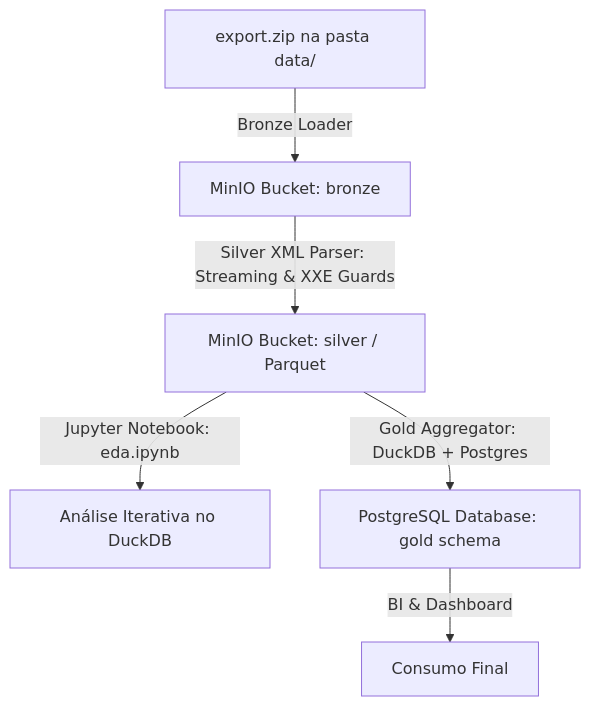
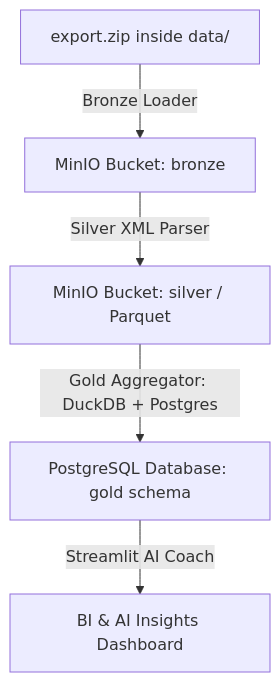
Before and after one commit to rafaelpanegassi/apple-watch-data: the diagram in README.md, drawn with Mermaid. The commit also changed other lines of this file and 14 other files, not shown here.

````diff
--- a/README.md
+++ b/README.md
@@ -11,8 +11,7 @@
 ```mermaid
 graph TD
-    A[export.zip na pasta data/] -->|Bronze Loader| B[MinIO Bucket: bronze]
-    B -->|Silver XML Parser: Streaming & XXE Guards| C[MinIO Bucket: silver / Parquet]
-    C -->|Jupyter Notebook: eda.ipynb| D[Análise Iterativa no DuckDB]
-    C -->|Gold Aggregator: DuckDB + Postgres| E[PostgreSQL Database: gold schema]
-    E -->|BI & Dashboard| F[Consumo Final]
+    A[export.zip inside data/] -->|Bronze Loader| B[MinIO Bucket: bronze]
+    B -->|Silver XML Parser| C[MinIO Bucket: silver / Parquet]
+    C -->|Gold Aggregator: DuckDB + Postgres| D[PostgreSQL Database: gold schema]
+    D -->|Streamlit AI Coach| E[BI & AI Insights Dashboard]
 ```
````
